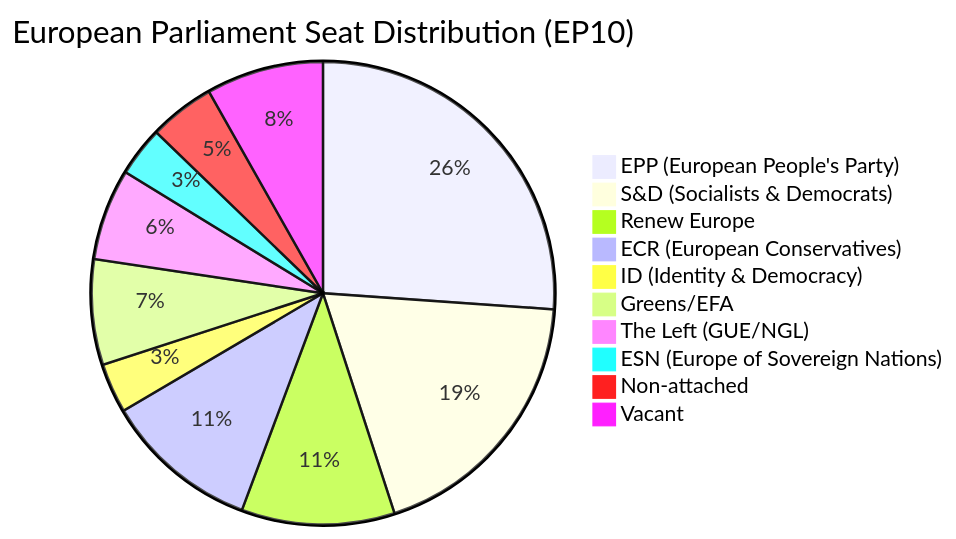
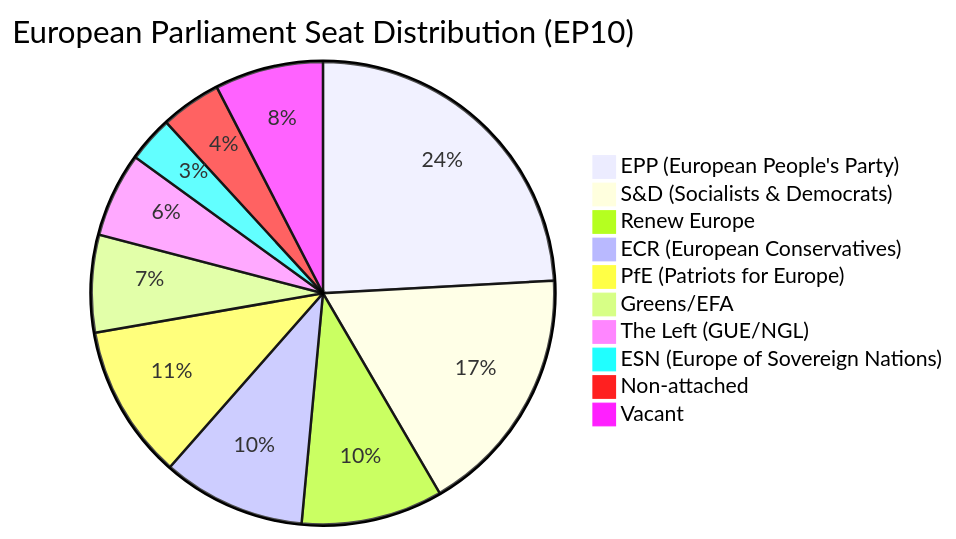
One commit to Hack23/euparliamentmonitor changed the first of 4 diagrams in docs/analysis-methodology/political-landscape-analysis.md. Above: the diagram before and after it, drawn with Mermaid. The commit also changed other lines of this file and 10 other files, not shown here.

````diff
--- a/docs/analysis-methodology/political-landscape-analysis.md
+++ b/docs/analysis-methodology/political-landscape-analysis.md
@@ -75,13 +75,13 @@
 ```mermaid
 pie title European Parliament Seat Distribution (EP10)
     "EPP (European People's Party)" : 188
     "S&D (Socialists & Democrats)" : 136
     "Renew Europe" : 77
     "ECR (European Conservatives)" : 78
-    "ID (Identity & Democracy)" : 25
+    "PfE (Patriots for Europe)" : 84
     "Greens/EFA" : 53
     "The Left (GUE/NGL)" : 46
     "ESN (Europe of Sovereign Nations)" : 25
     "Non-attached" : 33
     "Vacant" : 59
 ```
````
